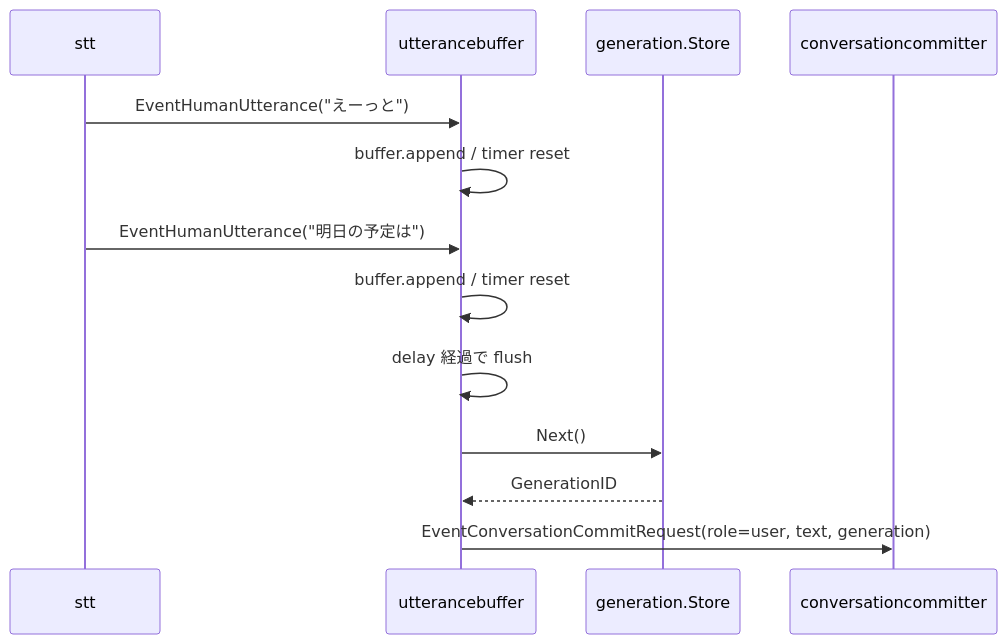
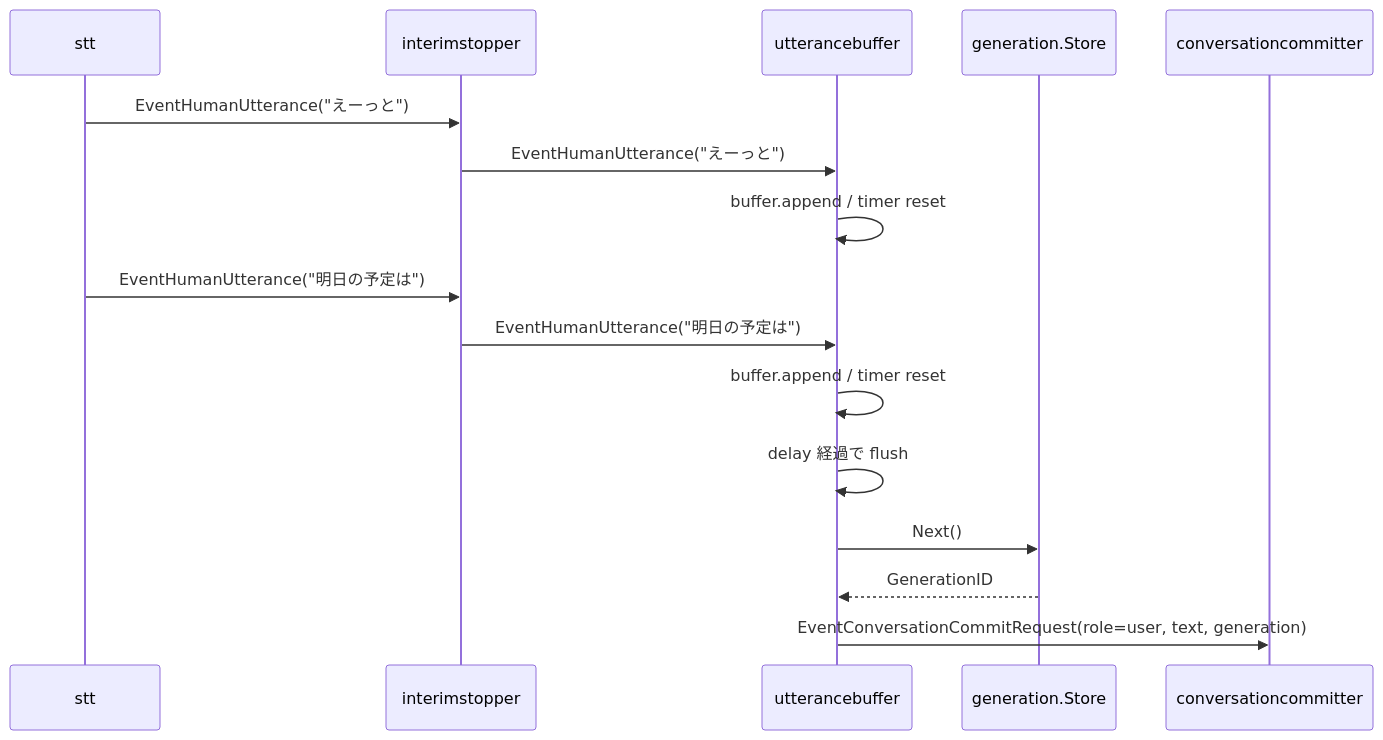
One commit to tetetratra/smart-speaker changed the diagram in docs/components/utterancebuffer.md. Above: the diagram before and after it, drawn with Mermaid. The commit also changed other lines of this file and 2 other files, not shown here.

````diff
--- a/docs/components/utterancebuffer.md
+++ b/docs/components/utterancebuffer.md
@@ -38,16 +38,19 @@
 ```mermaid
 sequenceDiagram
     participant STT as stt
+    participant IS as interimstopper
     participant UB as utterancebuffer
     participant GEN as generation.Store
     participant CC as conversationcommitter
 
-    STT->>UB: EventHumanUtterance("えーっと")
+    STT->>IS: EventHumanUtterance("えーっと")
+    IS->>UB: EventHumanUtterance("えーっと")
     UB->>UB: buffer.append / timer reset
-    STT->>UB: EventHumanUtterance("明日の予定は")
+    STT->>IS: EventHumanUtterance("明日の予定は")
+    IS->>UB: EventHumanUtterance("明日の予定は")
     UB->>UB: buffer.append / timer reset
     UB->>UB: delay 経過で flush
     UB->>GEN: Next()
     GEN-->>UB: GenerationID
     UB->>CC: EventConversationCommitRequest(role=user, text, generation)
 ```
````
